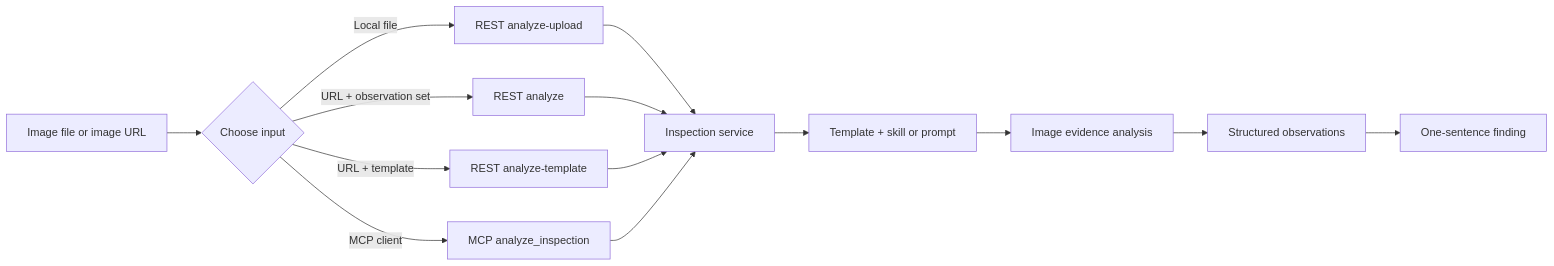
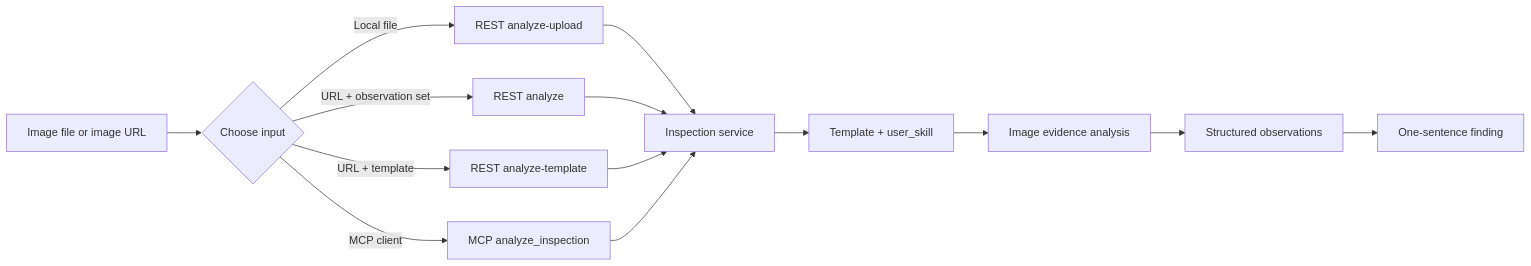
One commit to archclaw/open-inspection-registry changed the diagram in README.md. Above: the diagram before and after it, drawn with Mermaid. The commit also changed other lines of this file and 2 other files, not shown here.

````diff
--- a/README.md
+++ b/README.md
@@ -26,16 +36,16 @@
 ```mermaid
 flowchart LR
     A[Image file or image URL] --> B{Choose input}
     B -->|Local file| C[REST analyze-upload]
     B -->|URL + observation set| D[REST analyze]
     B -->|URL + template| E[REST analyze-template]
     B -->|MCP client| F[MCP analyze_inspection]
     C --> G[Inspection service]
     D --> G
     E --> G
     F --> G
-    G --> H[Template + skill or prompt]
+    G --> H[Template + user_skill]
     H --> I[Image evidence analysis]
     I --> J[Structured observations]
     J --> K[One-sentence finding]
 ```
````
